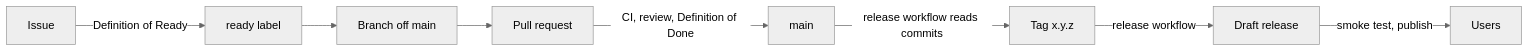
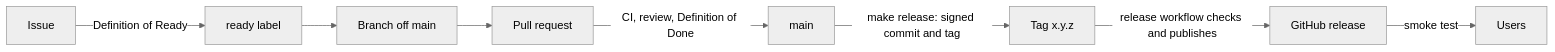
One commit to sushantg2001/second-brain-os changed the diagram in docs/sdlc.md. Above: the diagram before and after it, drawn with Mermaid (neutral theme). The commit also changed other lines of this file and 5 other files, not shown here.

First line of the commit message:
docs: describe releasing from a signed tag

````diff
--- a/docs/sdlc.md
+++ b/docs/sdlc.md
@@ -5,10 +5,10 @@
 ```mermaid
 flowchart LR
   idea[Issue] -->|Definition of Ready| ready[ready label]
   ready --> branch[Branch off main]
   branch --> pr[Pull request]
   pr -->|CI, review, Definition of Done| main[main]
-  main -->|release workflow reads commits| tag[Tag x.y.z]
-  tag -->|release workflow| draft[Draft release]
-  draft -->|smoke test, publish| users[Users]
+  main -->|make release: signed commit and tag| tag[Tag x.y.z]
+  tag -->|release workflow checks and publishes| release[GitHub release]
+  release -->|smoke test| users[Users]
 ```
````
